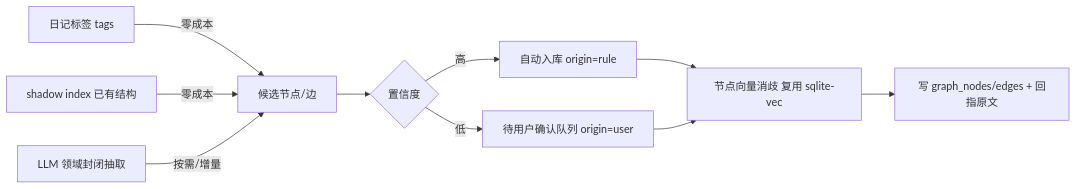
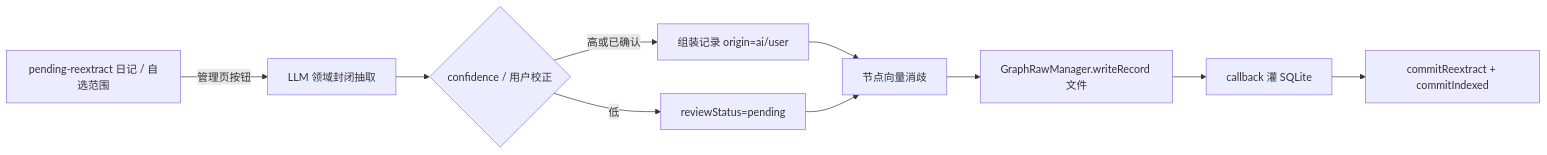
One commit to foxletters-hq/BaiShou-Next changed the diagram in docs/记忆图谱与知识库设计方案.md. Above: the diagram before and after it, drawn with Mermaid. The commit also changed other lines of this file and 1 other file, not shown here.

First line of the commit message:
docs: 定稿记忆图谱与原始数据源方案 v0.14

````diff
--- a/docs/记忆图谱与知识库设计方案.md
+++ b/docs/记忆图谱与知识库设计方案.md
@@ -256,12 +431,12 @@
 ```mermaid
 flowchart LR
-  A[日记标签 tags] -->|零成本| M[候选节点/边]
-  B[shadow index 已有结构] -->|零成本| M
-  C[LLM 领域封闭抽取] -->|按需/增量| M
-  M --> D{置信度}
-  D -->|高| E[自动入库 origin=rule]
-  D -->|低| F[待用户确认队列 origin=user]
-  E --> G[节点向量消歧 复用 sqlite-vec]
-  F --> G
-  G --> H[写 graph_nodes/edges + 回指原文]
+  A[pending-reextract 日记 / 自选范围] -->|管理页按钮| B[LLM 领域封闭抽取]
+  B --> C{confidence / 用户校正}
+  C -->|高或已确认| D[组装记录 origin=ai/user]
+  C -->|低| E[reviewStatus=pending]
+  D --> F[节点向量消歧]
+  E --> F
+  F --> G[GraphRawManager.writeRecord 文件]
+  G --> H[callback 灌 SQLite]
+  H --> I[commitReextract + commitIndexed]
 ```
````
